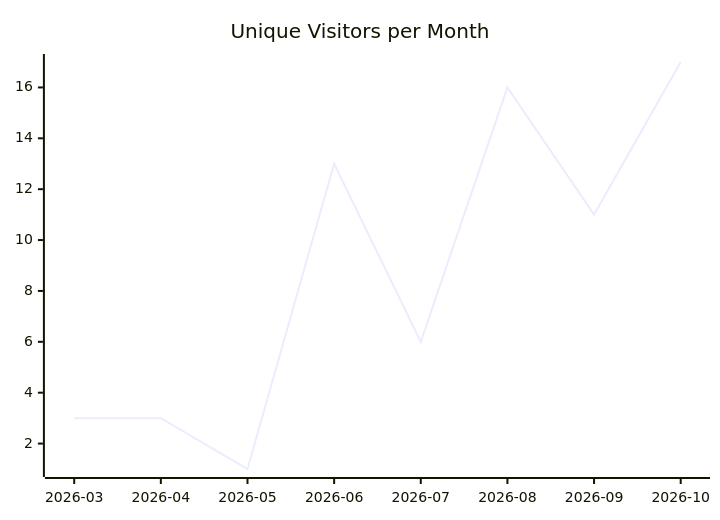
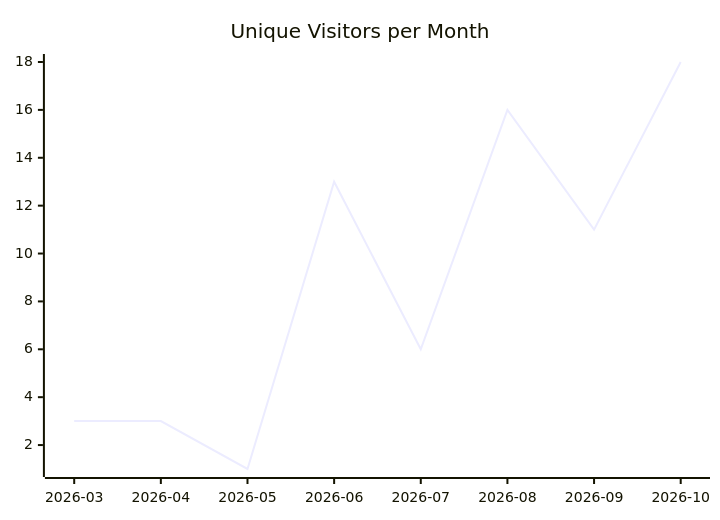
The first of 3 diagrams in karlmdavis/rps-tourney/README.md (justdavis-family/github-analytics-data), drawn with Mermaid before and after one commit. The commit also changed other lines of this file and 199 other files, not shown here.

````diff
--- a/karlmdavis/rps-tourney/README.md
+++ b/karlmdavis/rps-tourney/README.md
@@ -5,6 +5,6 @@
 ```mermaid
 xychart-beta
   title "Unique Visitors per Month"
   x-axis ["2026-03", "2026-04", "2026-05", "2026-06", "2026-07", "2026-08", "2026-09", "2026-10"]
-  line [3, 3, 1, 13, 6, 16, 11, 17]
+  line [3, 3, 1, 13, 6, 16, 11, 18]
 ```
````
